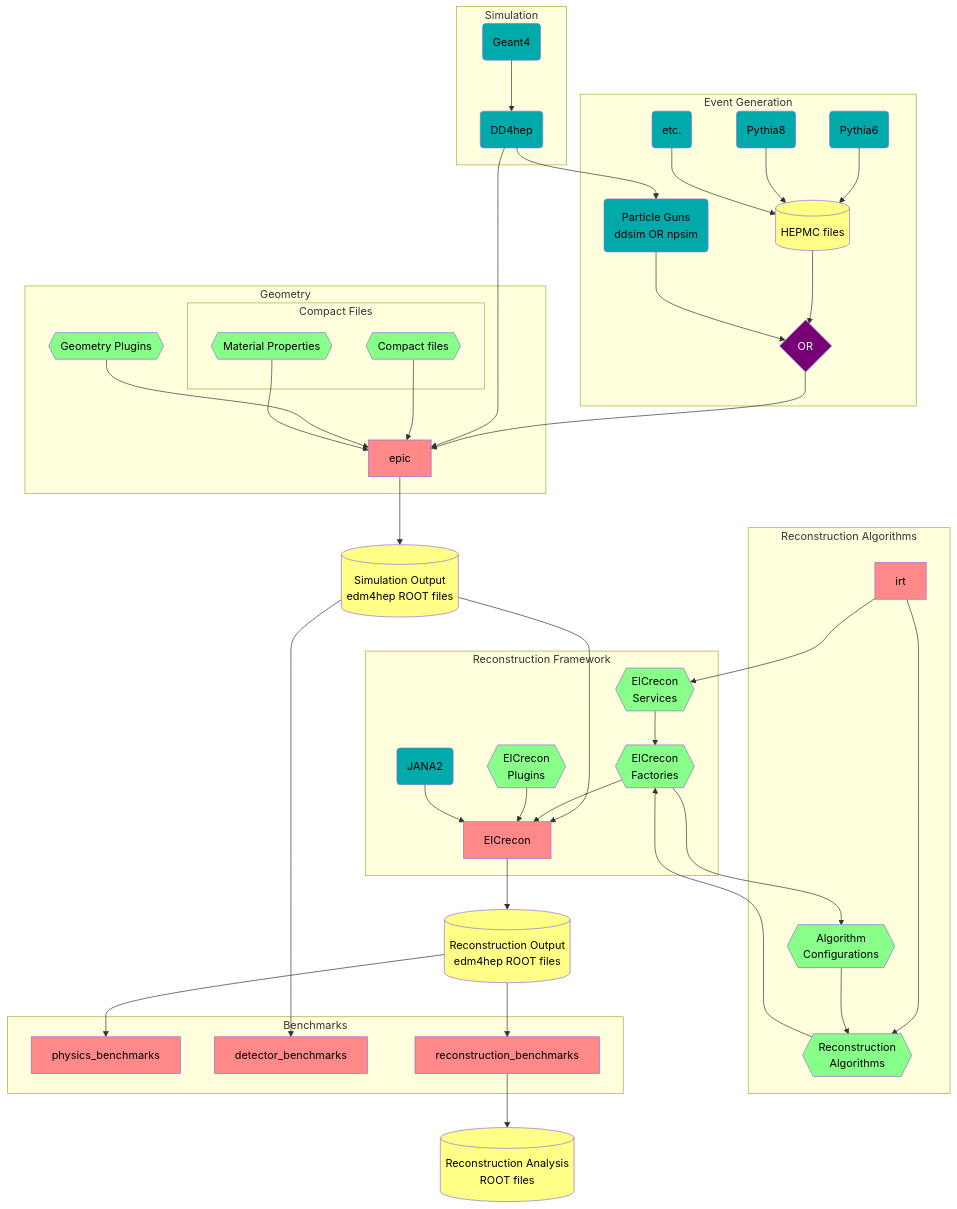
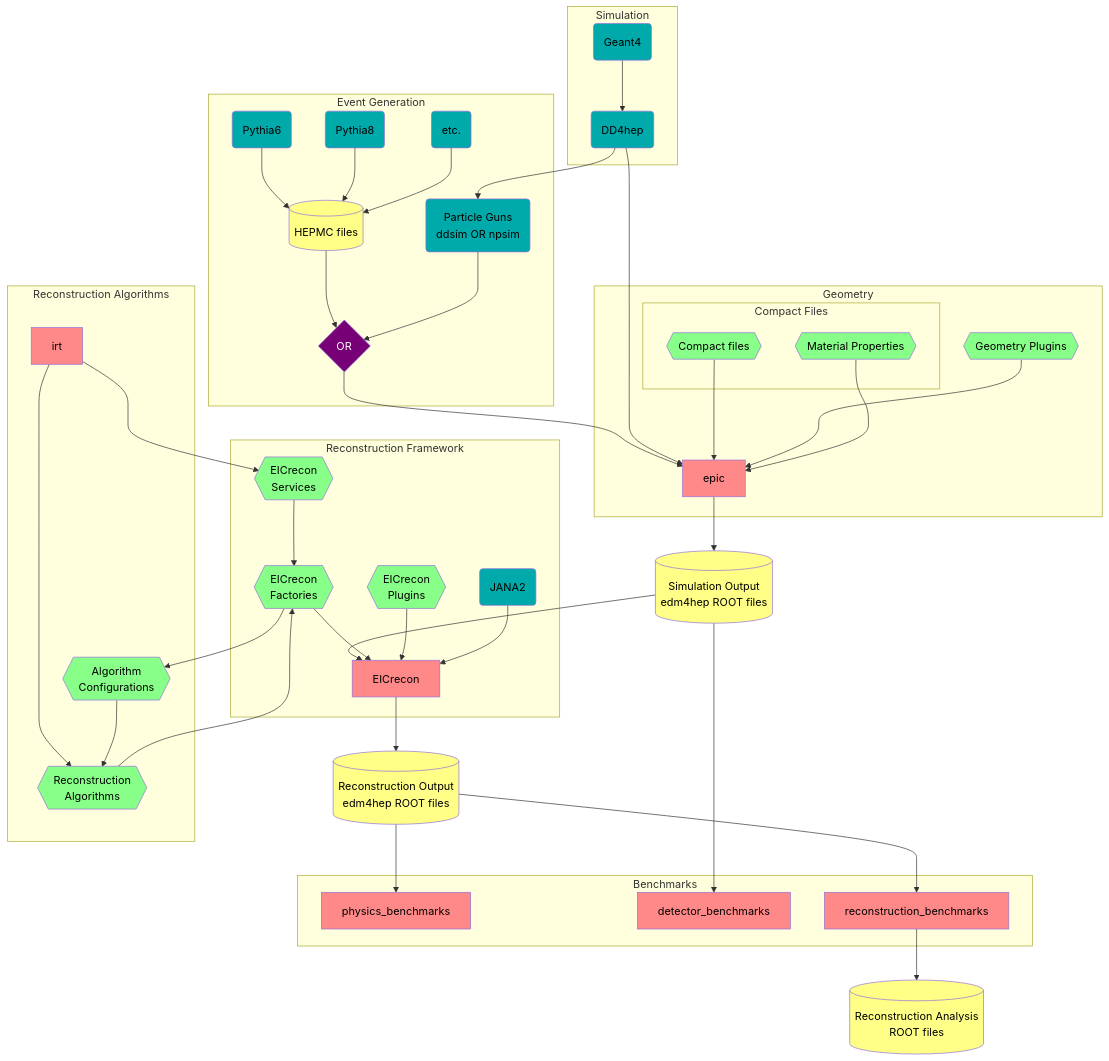
One commit to eic/drich-dev changed the third of 3 diagrams in README.md. Above: the diagram before and after it, drawn with Mermaid.

Commit message:
modified:   README.md

````diff
--- a/README.md
+++ b/README.md
@@ -228,81 +228,81 @@
 ```mermaid
 flowchart TB
   classDef epic fill:#ff8888,color:black
   classDef dep fill:#00aaaa,color:black
   classDef obj fill:#88ff88,color:black
   classDef data fill:#ffff88,color:black
   classDef op fill:#770077,color:white
 
   subgraph Event Generation
     Pythia6(Pythia6):::dep
     Pythia8(Pythia8):::dep
     OtherGen(etc.):::dep
     Hepmc[(HEPMC files)]:::data
     Gun(Particle Guns<br/>ddsim OR npsim):::dep
     GenOR{OR}:::op
   end
   Pythia6  --> Hepmc
   Pythia8  --> Hepmc
   OtherGen --> Hepmc
   Hepmc    --> GenOR
   Gun      --> GenOR
 
   subgraph Simulation
     DD4hep(DD4hep):::dep
     Geant(Geant4):::dep
   end
   Geant --> DD4hep
 
   subgraph Geometry
     Epic[epic]:::epic
     subgraph Compact Files
       DDCompact{{Compact files}}:::obj
       DDMat{{Material Properties}}:::obj
     end
     DDPlugin{{Geometry Plugins}}:::obj
   end
   SimOut[(Simulation Output<br/>edm4hep ROOT files)]:::data
   DD4hep    --> Gun
   GenOR     --> Epic
   DD4hep    --> Epic
   DDCompact --> Epic
   DDPlugin  --> Epic
   DDMat     --> Epic
   Epic      --> SimOut
 
   subgraph Reconstruction Framework
     JANA(JANA2):::dep
     EICreconPlugins{{EICrecon<br/>Plugins}}:::obj
     EICreconFactories{{EICrecon<br/>Factories}}:::obj
     EICreconServices{{EICrecon<br/>Services}}:::obj
     EICrecon[EICrecon]:::epic
   end
   subgraph Reconstruction Algorithms
     IRT[irt]:::epic
     RecoAlgorithms{{Reconstruction<br/>Algorithms}}:::obj
     RecoAlgorithmConfigs{{Algorithm<br/>Configurations}}:::obj
   end
   RecOut[(Reconstruction Output<br/>edm4hep ROOT files)]:::data
-  SimOut               ----> EICrecon
+  SimOut               --> EICrecon
   EICreconServices     -->  EICreconFactories
   EICreconFactories    -->  EICrecon
   EICreconPlugins      -->  EICrecon
   IRT                  -->  EICreconServices
   IRT                  -->  RecoAlgorithms
-  RecoAlgorithms       --->  EICreconFactories
+  RecoAlgorithms       -->  EICreconFactories
   RecoAlgorithmConfigs -->  RecoAlgorithms
-  EICreconFactories    --->  RecoAlgorithmConfigs
+  EICreconFactories    -->  RecoAlgorithmConfigs
   JANA                 -->  EICrecon
   EICrecon         -->  RecOut
 
   subgraph Benchmarks
     PhysicsBenchmarks[physics_benchmarks]:::epic
     DetectorBenchmarks[detector_benchmarks]:::epic
     ReconstructionBenchmarks[reconstruction_benchmarks]:::epic
   end
   AnaOut[(Reconstruction Analysis<br/>ROOT files)]:::data
   SimOut --> DetectorBenchmarks
   RecOut --> PhysicsBenchmarks
   RecOut --> ReconstructionBenchmarks --> AnaOut
 
 ```
````
